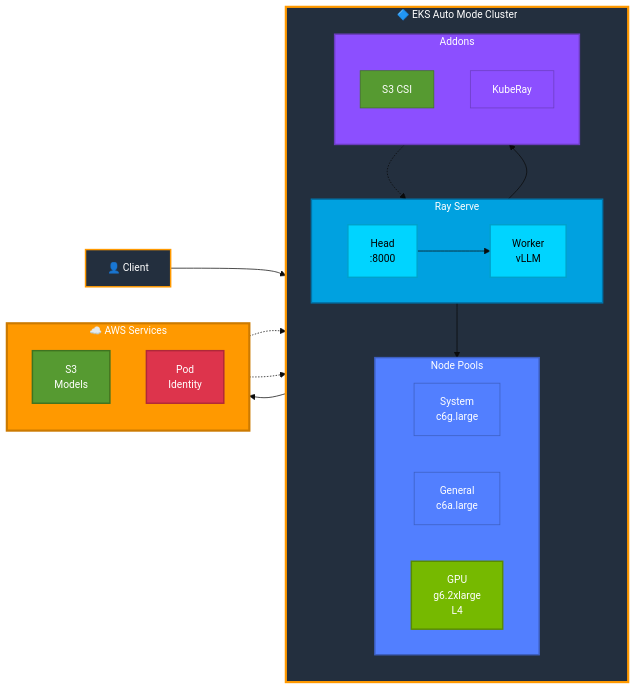
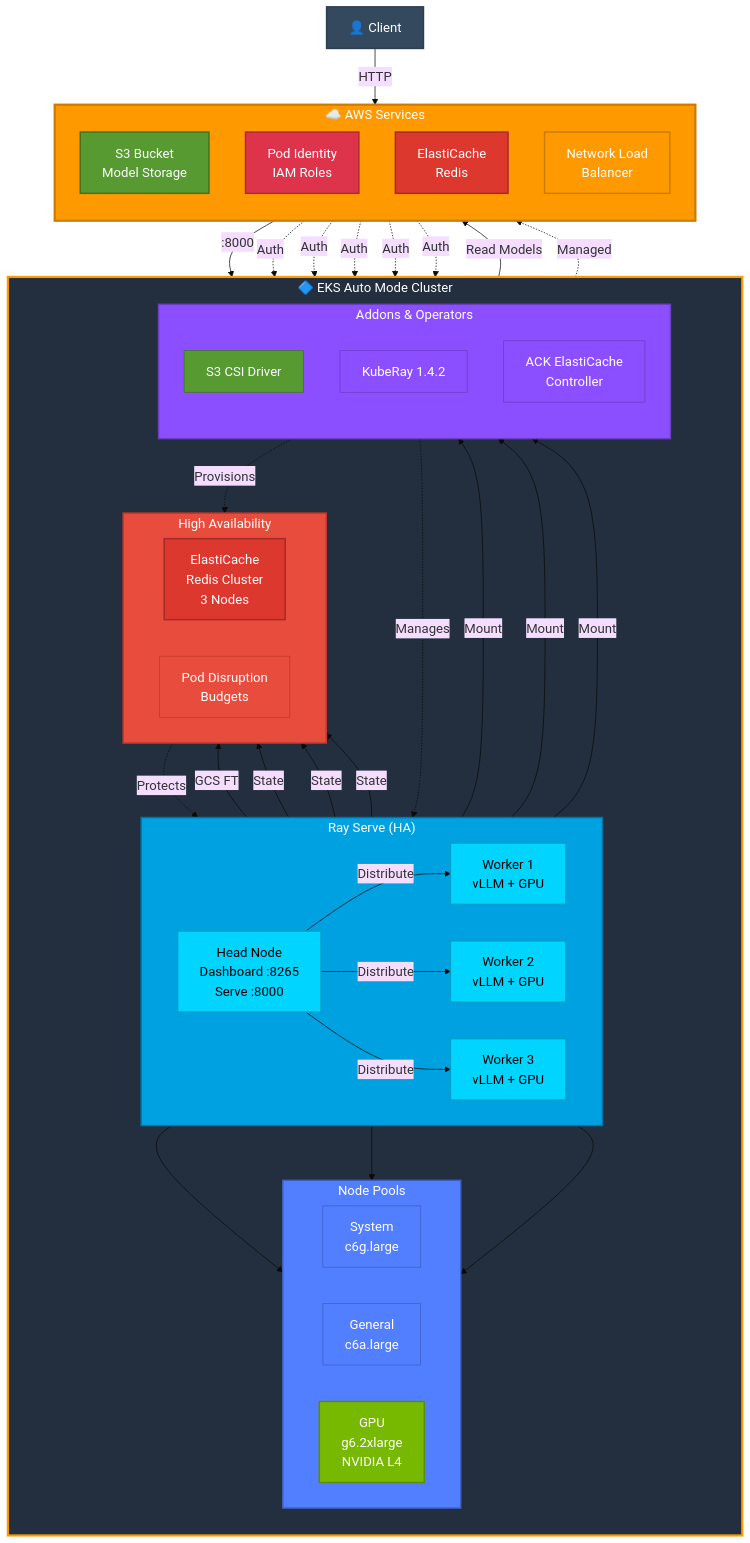
Before and after one commit to askulkarni2/ray-serve-with-eks-auto: the diagram in README.md, drawn with Mermaid. The commit also changed other lines of this file and 23 other files, not shown here.

Commit message:
feat: Use Ray LLM

````diff
--- a/README.md
+++ b/README.md
@@ -62,6 +65,6 @@
 ```mermaid
-%%{init: {'theme':'base', 'themeVariables': { 'fontSize':'14px', 'fontFamily':'arial'}}}%%
-graph LR
+%%{init: {'theme':'base', 'themeVariables': { 'fontSize':'18px', 'fontFamily':'arial'}}}%%
+graph TB
     subgraph EKS["🔷 EKS Auto Mode Cluster"]
         direction TB
         
@@ -69,50 +72,97 @@
             direction LR
             SYS["System<br/>c6g.large"]
             GEN["General<br/>c6a.large"]
-            GPU["GPU<br/>g6.2xlarge<br/>L4"]
+            GPU["GPU<br/>g6.2xlarge<br/>NVIDIA L4"]
         end
         
-        subgraph Ray["Ray Serve"]
+        subgraph Ray["Ray Serve (HA)"]
             direction LR
-            HEAD["Head<br/>:8000"]
-            WORKER["Worker<br/>vLLM"]
+            HEAD["Head Node<br/>Dashboard :8265<br/>Serve :8000"]
+            W1["Worker 1<br/>vLLM + GPU"]
+            W2["Worker 2<br/>vLLM + GPU"]
+            W3["Worker 3<br/>vLLM + GPU"]
         end
         
-        subgraph Add["Addons"]
+        subgraph Storage["High Availability"]
+            direction LR
+            REDIS["ElastiCache<br/>Redis Cluster<br/>3 Nodes"]
+            PDB["Pod Disruption<br/>Budgets"]
+        end
+        
+        subgraph Add["Addons & Operators"]
             direction TB
-            S3CSI["S3 CSI"]
-            KR["KubeRay"]
+            S3CSI["S3 CSI Driver"]
+            KR["KubeRay 1.4.2"]
+            ACK["ACK ElastiCache<br/>Controller"]
         end
     end
     
     subgraph Cloud["☁️ AWS Services"]
         direction TB
-        S3["S3<br/>Models"]
-        IAM["Pod<br/>Identity"]
+        S3["S3 Bucket<br/>Model Storage"]
+        IAM["Pod Identity<br/>IAM Roles"]
+        EC["ElastiCache<br/>Redis"]
+        NLB["Network Load<br/>Balancer"]
     end
     
-    CLIENT["👤 Client"] --> HEAD
-    HEAD --> WORKER
-    WORKER --> GPU
-    WORKER --> S3CSI
-    S3CSI --> S3
-    IAM -.-> S3CSI
-    IAM -.-> WORKER
-    KR -.-> Ray
+    CLIENT["👤 Client"] -->|HTTP| NLB
+    NLB -->|:8000| HEAD
+    HEAD -->|Distribute| W1
+    HEAD -->|Distribute| W2
+    HEAD -->|Distribute| W3
+    
+    W1 --> GPU
+    W2 --> GPU
+    W3 --> GPU
+    
+    W1 -->|Mount| S3CSI
+    W2 -->|Mount| S3CSI
+    W3 -->|Mount| S3CSI
+    
+    S3CSI -->|Read Models| S3
+    
+    HEAD -->|GCS FT| REDIS
+    W1 -->|State| REDIS
+    W2 -->|State| REDIS
+    W3 -->|State| REDIS
+    
+    REDIS -.->|Managed| EC
+    
+    IAM -.->|Auth| S3CSI
+    IAM -.->|Auth| W1
+    IAM -.->|Auth| W2
+    IAM -.->|Auth| W3
+    IAM -.->|Auth| ACK
+    
+    KR -.->|Manages| Ray
+    ACK -.->|Provisions| REDIS
+    PDB -.->|Protects| Ray
     
     style EKS fill:#232F3E,stroke:#FF9900,stroke-width:3px,color:#fff
     style Pools fill:#527FFF,stroke:#3D5FBF,stroke-width:2px,color:#fff
     style Ray fill:#00A1E0,stroke:#0073A8,stroke-width:2px,color:#fff
+    style Storage fill:#E74C3C,stroke:#C0392B,stroke-width:2px,color:#fff
     style Add fill:#8C4FFF,stroke:#6B3DBF,stroke-width:2px,color:#fff
     style Cloud fill:#FF9900,stroke:#CC7A00,stroke-width:3px,color:#fff
+    
     style GPU fill:#76B900,stroke:#5A8C00,stroke-width:2px,color:#fff
     style HEAD fill:#00D4FF,stroke:#00A1CC,stroke-width:2px,color:#000
-    style WORKER fill:#00D4FF,stroke:#00A1CC,stroke-width:2px,color:#000
+    style W1 fill:#00D4FF,stroke:#00A1CC,stroke-width:2px,color:#000
+    style W2 fill:#00D4FF,stroke:#00A1CC,stroke-width:2px,color:#000
+    style W3 fill:#00D4FF,stroke:#00A1CC,stroke-width:2px,color:#000
+    
+    style REDIS fill:#DC382D,stroke:#A52A2A,stroke-width:2px,color:#fff
+    style PDB fill:#E74C3C,stroke:#C0392B,stroke-width:1px,color:#fff
+    
     style S3 fill:#569A31,stroke:#3F7320,stroke-width:2px,color:#fff
     style IAM fill:#DD344C,stroke:#B02838,stroke-width:2px,color:#fff
-    style CLIENT fill:#232F3E,stroke:#FF9900,stroke-width:2px,color:#fff
+    style EC fill:#DC382D,stroke:#A52A2A,stroke-width:2px,color:#fff
+    style NLB fill:#FF9900,stroke:#CC7A00,stroke-width:2px,color:#fff
+    
+    style CLIENT fill:#34495E,stroke:#2C3E50,stroke-width:2px,color:#fff
     style SYS fill:#527FFF,stroke:#3D5FBF,stroke-width:1px,color:#fff
     style GEN fill:#527FFF,stroke:#3D5FBF,stroke-width:1px,color:#fff
     style S3CSI fill:#569A31,stroke:#3F7320,stroke-width:1px,color:#fff
     style KR fill:#8C4FFF,stroke:#6B3DBF,stroke-width:1px,color:#fff
+    style ACK fill:#8C4FFF,stroke:#6B3DBF,stroke-width:1px,color:#fff
 ```
````
